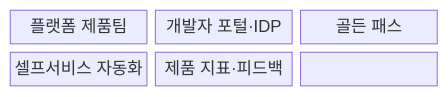
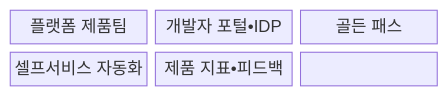
Before and after one commit to agnusdei1207/knowledge-base: the first of 2 diagrams in src/content/docs/notes/08-latest-tech/175_platform_engineering.md, drawn with Mermaid. The commit also changed other lines of this file and 953 other files, not shown here.

````diff
--- a/src/content/docs/notes/08-latest-tech/175_platform_engineering.md
+++ b/src/content/docs/notes/08-latest-tech/175_platform_engineering.md
@@ -68,11 +68,11 @@
 ```mermaid
 block-beta
   columns 3
   N0["플랫폼 제품팀"]
-  N1["개발자 포털·IDP"]
+  N1["개발자 포털•IDP"]
   N2["골든 패스"]
   N3["셀프서비스 자동화"]
-  N4["제품 지표·피드백"]
+  N4["제품 지표•피드백"]
   N0 --- N1 --- N2
   N2 --- N3 --- N4
 ```
````
